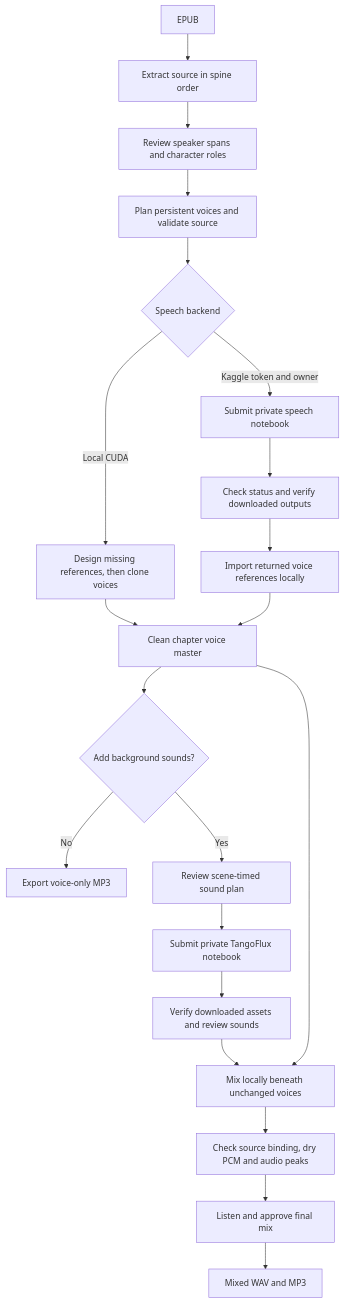
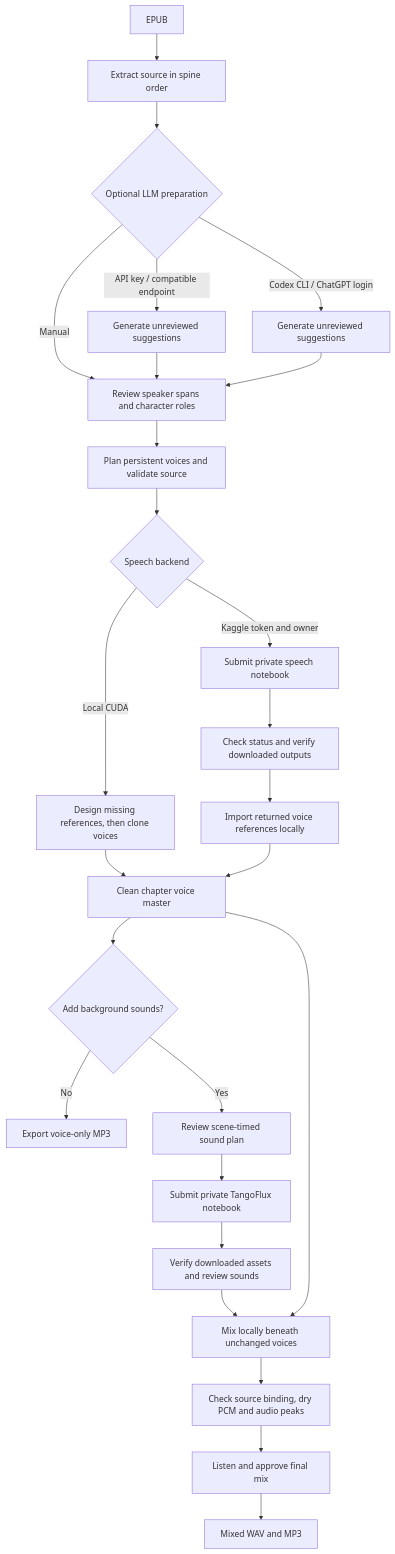
The diagram in README.md (clarencesmith185-ui/ebook-audio-drama), drawn with Mermaid before and after one commit. The commit also changed other lines of this file and 7 other files, not shown here.

Commit message:
Add API and ChatGPT-authenticated Codex LLM preparation

````diff
--- a/README.md
+++ b/README.md
@@ -9,25 +9,30 @@
 ```mermaid
 flowchart TD
     A[EPUB] --> B[Extract source in spine order]
-    B --> C[Review speaker spans and character roles]
+    B --> LLM{Optional LLM preparation}
+    LLM -->|API key / compatible endpoint| API[Generate unreviewed suggestions]
+    LLM -->|Codex CLI / ChatGPT login| CODEX[Generate unreviewed suggestions]
+    LLM -->|Manual| C[Review speaker spans and character roles]
+    API --> C
+    CODEX --> C
     C --> D[Plan persistent voices and validate source]
     D --> E{Speech backend}
 
     E -->|Local CUDA| F[Design missing references, then clone voices]
     E -->|Kaggle token and owner| G[Submit private speech notebook]
     G --> H[Check status and verify downloaded outputs]
     H --> I[Import returned voice references locally]
     F --> J[Clean chapter voice master]
     I --> J
 
     J --> K{Add background sounds?}
     K -->|No| R[Export voice-only MP3]
     K -->|Yes| L[Review scene-timed sound plan]
     L --> M[Submit private TangoFlux notebook]
     M --> N[Verify downloaded assets and review sounds]
     N --> O[Mix locally beneath unchanged voices]
     J --> O
     O --> P[Check source binding, dry PCM and audio peaks]
     P --> Q[Listen and approve final mix]
     Q --> S[Mixed WAV and MP3]
 ```
````
